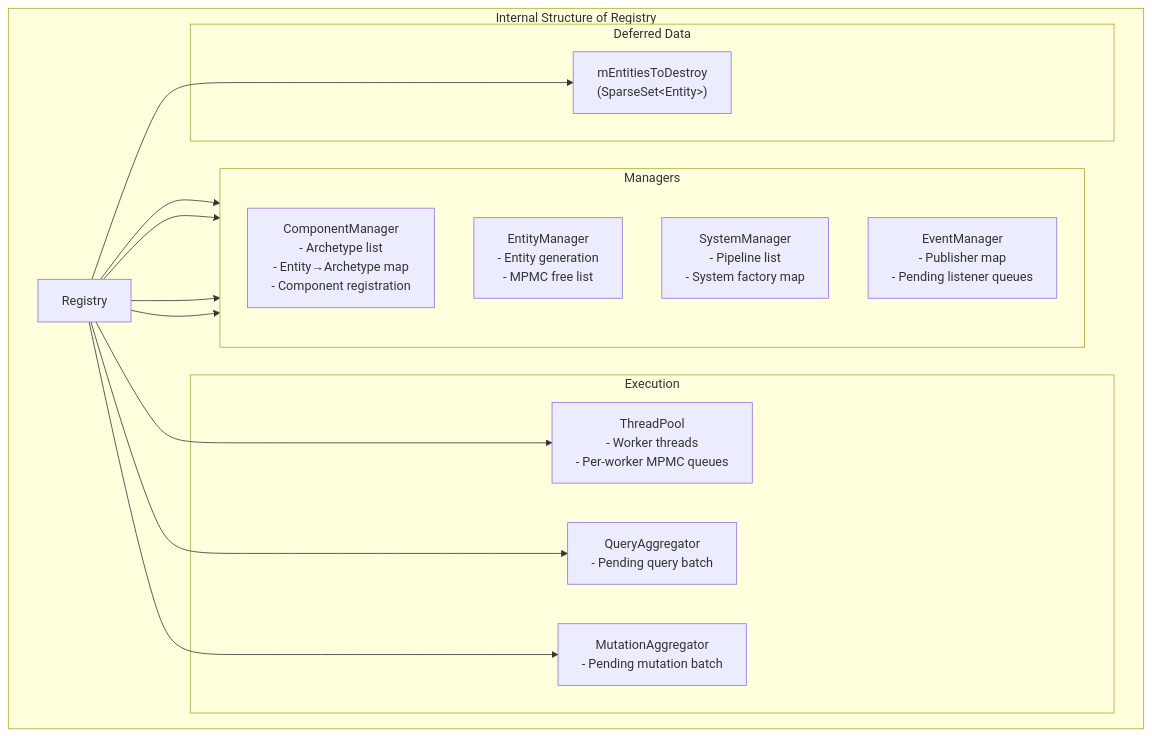
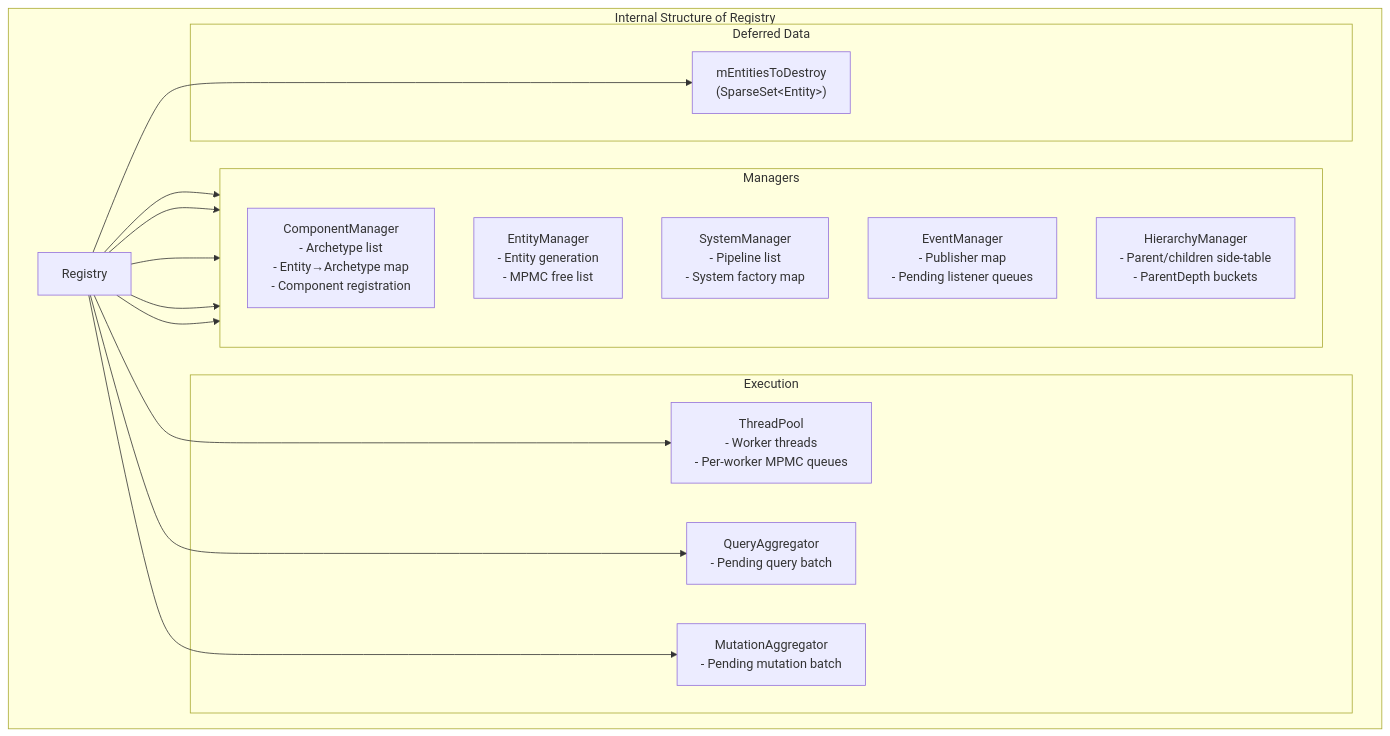
One commit to gilmar-sales/Freyr changed the second of 7 diagrams in docs/concepts/architecture.md. Above: the diagram before and after it, drawn with Mermaid. The commit also changed 26 other files, not shown here.

````diff
--- a/docs/concepts/architecture.md
+++ b/docs/concepts/architecture.md
@@ -62,34 +62,36 @@
 ```mermaid
 graph TB
     subgraph RegistryInternals["Internal Structure of Registry"]
         SC["Registry"]
         
         subgraph Managers["Managers"]
             direction TB
             CM["ComponentManager<br/>- Archetype list<br/>- Entity→Archetype map<br/>- Component registration"]
             EM["EntityManager<br/>- Entity generation<br/>- MPMC free list"]
             SM["SystemManager<br/>- Pipeline list<br/>- System factory map"]
             EVM["EventManager<br/>- Publisher map<br/>- Pending listener queues"]
+            HM["HierarchyManager<br/>- Parent/children side-table<br/>- ParentDepth buckets"]
         end
 
         subgraph Exec["Execution"]
             TP["ThreadPool<br/>- Worker threads<br/>- Per-worker MPMC queues"]
             QA["QueryAggregator<br/>- Pending query batch"]
             MA["MutationAggregator<br/>- Pending mutation batch"]
         end
 
         subgraph Data["Deferred Data"]
             DT["mEntitiesToDestroy<br/>(SparseSet&lt;Entity&gt;)"]
         end
 
         SC --> CM
         SC --> EM
         SC --> SM
         SC --> EVM
+        SC --> HM
         SC --> TP
         SC --> QA
         SC --> MA
         SC --> DT
     end
 
 ```
````
